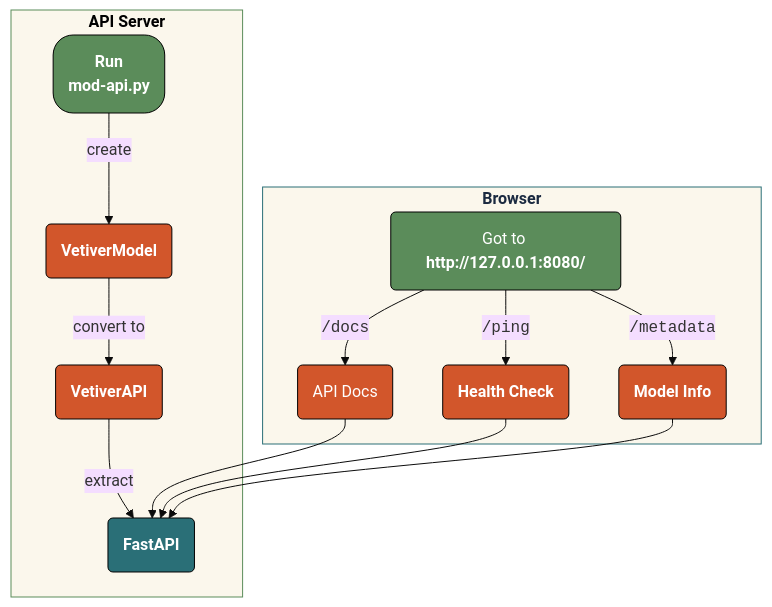
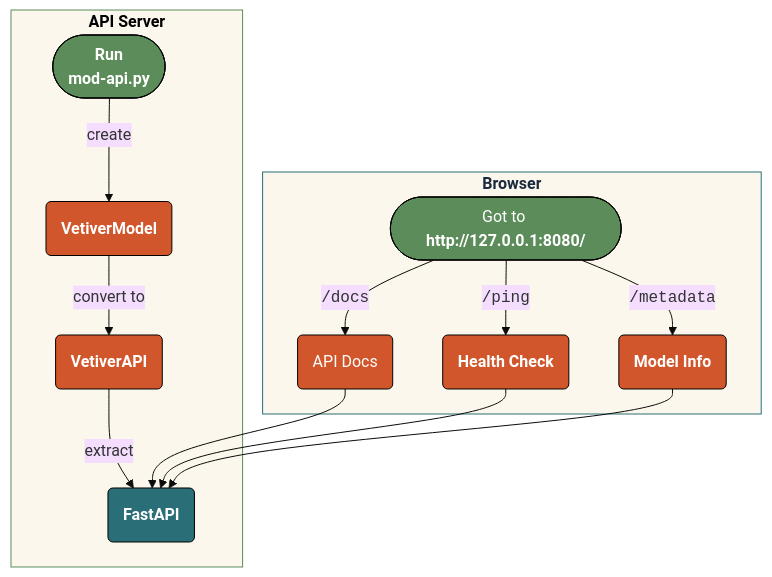
One commit to mjfrigaard/do4ds-labs changed the first of 7 diagrams in py-app-api.qmd. Above: the diagram before and after it, drawn with Mermaid. The commit also changed other lines of this file and 19 other files, not shown here.

````diff
--- a/py-app-api.qmd
+++ b/py-app-api.qmd
@@ -62,35 +64,35 @@
 ```{mermaid}
 %%| fig-cap: 'Vetiver API creation'
 %%| fig-align: 'center'
 %%{init: {'theme': 'base', 'themeVariables': {'fontFamily': 'monospace'}}}%%
 
 graph TD
     subgraph T1["<strong>API Server</strong>"]
-        RunApi("<strong>Run<br>mod-api.py</strong>") --"create"--> VetMod("<strong>VetiverModel</strong>")
+        RunApi(["<strong>Run<br>mod-api.py</strong>"]) --"create"--> VetMod("<strong>VetiverModel</strong>")
         VetMod --"convert to"--> VetAPI("<strong>VetiverAPI</strong>")
         VetAPI --"extract"--> FastAPI("<strong>FastAPI</strong>")
     end
     
     style RunApi stroke-width:1px, rx:20, ry:20, font-size:16px
     
    subgraph Browse["<strong>Browser</strong>"]
-        Http("`Got to <strong>http://</strong><strong>127.0.0.1:8080/</strong>`") --"<code>/docs</code>"--> Docs("API Docs")
+        Http(["`Got to <strong>http://</strong><strong>127.0.0.1:8080/</strong>`"]) --"<code>/docs</code>"--> Docs("API Docs")
         Http --"<code>/ping</code>"--> Health("<strong>Health Check</strong>")
         Http --"<code>/metadata</code>"--> Info("<strong>Model Info</strong>")
         Docs & Health & Info --> FastAPI
     end
     
     style T1 fill:#fbf7ec,stroke:#5B8C5A,color:#000000
     style RunApi fill:#5B8C5A,stroke:#000000,stroke-width:1px,color:#ffffff
     style VetMod fill:#D2562B,stroke:#000000,stroke-width:1px,color:#ffffff
     style VetAPI fill:#D2562B,stroke:#000000,stroke-width:1px,color:#ffffff
     style FastAPI fill:#2A6F77,stroke:#000000,stroke-width:1px,color:#ffffff
 
 
     style Browse fill:#fbf7ec,stroke:#2A6F77,color:#1B2A41
     style Http fill:#5B8C5A,stroke:#000000,stroke-width:1px,color:#ffffff
     style Docs fill:#D2562B,stroke:#000000,stroke-width:1px,color:#ffffff
     style Health fill:#D2562B,stroke:#000000,stroke-width:1px,color:#ffffff
     style Info fill:#D2562B,stroke:#000000,stroke-width:1px,color:#ffffff
 
 ```
````
